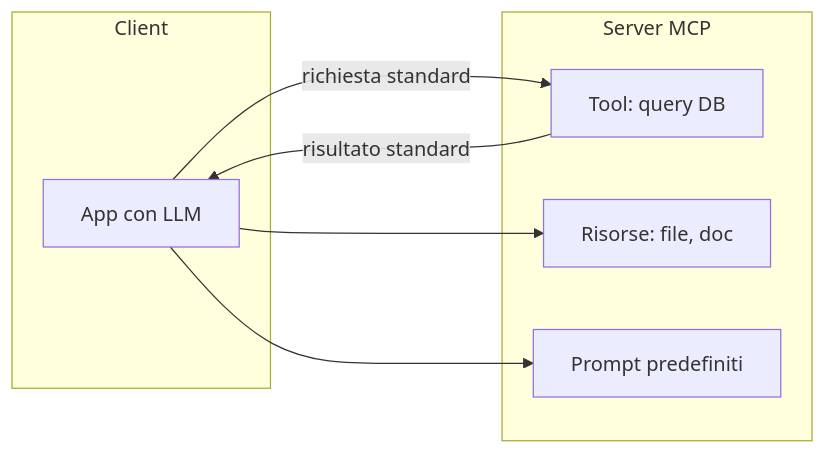
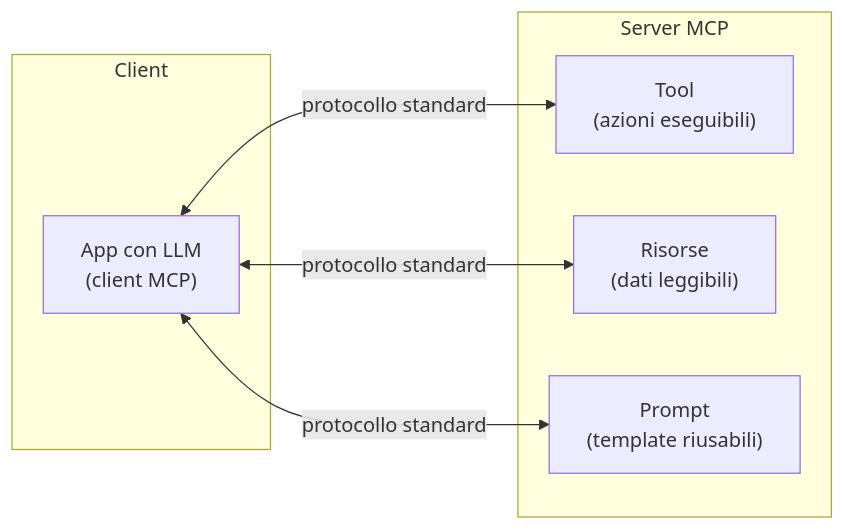
The diagram in docs/building/mcp.md (federicoinzirillo/playbook), drawn with Mermaid before and after one commit. The commit also changed other lines of this file and 16 other files, not shown here.

````diff
--- a/docs/building/mcp.md
+++ b/docs/building/mcp.md
@@ -19,15 +31,14 @@
 ```mermaid
 flowchart LR
   subgraph Client
-    A[App con LLM]
+    A["App con LLM\n(client MCP)"]
   end
   subgraph Server MCP
-    B[Tool: query DB]
-    C[Risorse: file, doc]
-    D[Prompt predefiniti]
+    B["Tool\n(azioni eseguibili)"]
+    C["Risorse\n(dati leggibili)"]
+    D["Prompt\n(template riusabili)"]
   end
-  A -->|richiesta standard| B
-  A --> C
-  A --> D
-  B -->|risultato standard| A
+  A <-->|"protocollo standard"| B
+  A <-->|"protocollo standard"| C
+  A <-->|"protocollo standard"| D
 ```
````
